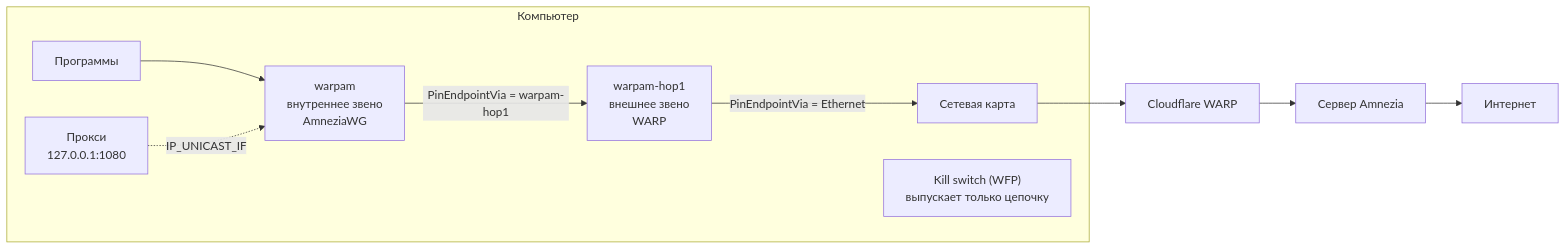
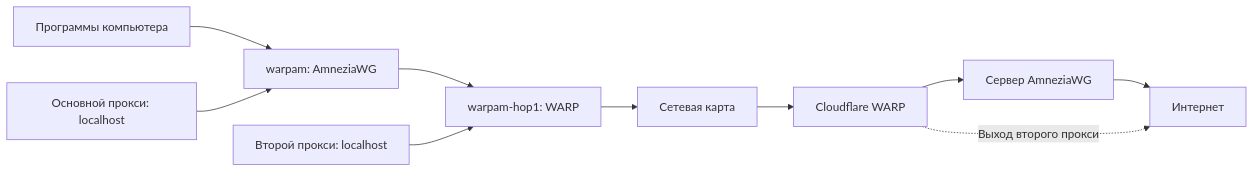
Before and after one commit to Xbit-Ka/WarpAm: the diagram in README.md, drawn with Mermaid. The commit also changed other lines of this file, not shown here.

````diff
--- a/README.md
+++ b/README.md
@@ -142,11 +253,12 @@
 ```mermaid
 flowchart LR
-    subgraph PC["Компьютер"]
-        APP["Программы"] --> HOP2["warpam<br/>внутреннее звено<br/>AmneziaWG"]
-        HOP2 -- "PinEndpointVia = warpam-hop1" --> HOP1["warpam-hop1<br/>внешнее звено<br/>WARP"]
-        HOP1 -- "PinEndpointVia = Ethernet" --> NIC["Сетевая карта"]
-        PROXY["Прокси<br/>127.0.0.1:1080"] -. "IP_UNICAST_IF" .-> HOP2
-        KS["Kill switch (WFP)<br/>выпускает только цепочку"]
-    end
-    NIC --> CF["Cloudflare WARP"] --> AM["Сервер Amnezia"] --> NET["Интернет"]
+    APP["Программы компьютера"] --> HOP2["warpam: AmneziaWG"]
+    P1["Основной прокси: localhost"] --> HOP2
+    HOP2 --> HOP1["warpam-hop1: WARP"]
+    P2["Второй прокси: localhost"] --> HOP1
+    HOP1 --> NIC["Сетевая карта"]
+    NIC --> CF["Cloudflare WARP"]
+    CF --> AM["Сервер AmneziaWG"]
+    AM --> NET["Интернет"]
+    CF -. "Выход второго прокси" .-> NET
 ```
````
